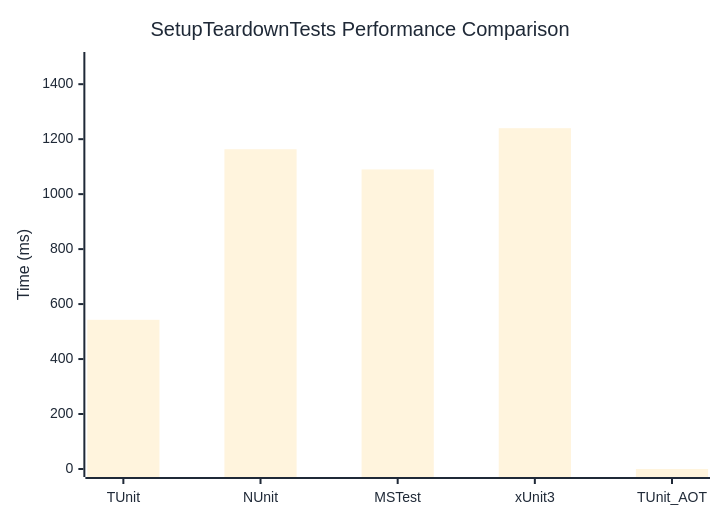
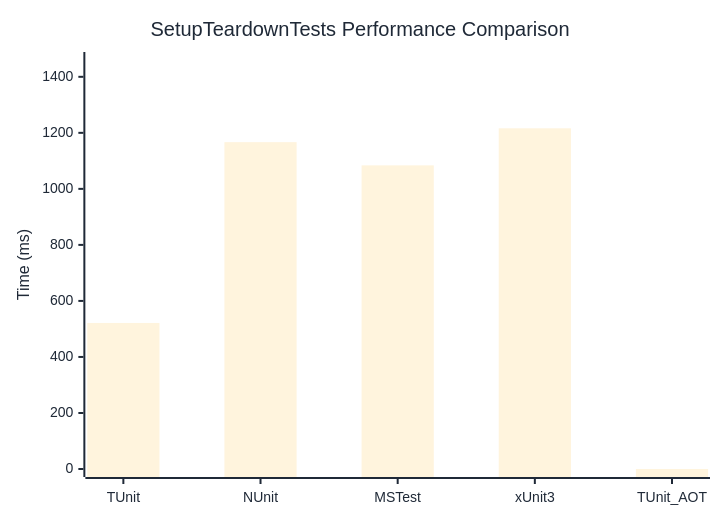
Before and after one commit to thomhurst/TUnit: the diagram in docs/docs/benchmarks/SetupTeardownTests.md, drawn with Mermaid. The commit also changed other lines of this file and 17 other files, not shown here.

````diff
--- a/docs/docs/benchmarks/SetupTeardownTests.md
+++ b/docs/docs/benchmarks/SetupTeardownTests.md
@@ -27,37 +27,37 @@
 ```mermaid
 %%{init: {
   'theme':'base',
   'themeVariables': {
     'primaryColor': '#2563eb',
     'primaryTextColor': '#1f2937',
     'primaryBorderColor': '#1e40af',
     'lineColor': '#6b7280',
     'secondaryColor': '#7c3aed',
     'tertiaryColor': '#dc2626',
     'background': '#ffffff',
     'mainBkg': '#2563eb',
     'secondBkg': '#7c3aed',
     'tertiaryBkg': '#dc2626',
     'clusterBkg': '#f3f4f6',
     'edgeLabelBackground': '#ffffff',
     'tertiaryTextColor': '#1f2937',
     'pie1': '#2563eb',
     'pie2': '#7c3aed',
     'pie3': '#dc2626',
     'pie4': '#f59e0b',
     'pie5': '#10b981',
     'pie6': '#06b6d4',
     'pie7': '#ec4899',
     'pie8': '#6366f1',
     'pie9': '#84cc16',
     'pie10': '#f97316',
     'pie11': '#14b8a6',
     'pie12': '#a855f7'
   }
 }}%%
 xychart-beta
   title "SetupTeardownTests Performance Comparison"
   x-axis ["TUnit", "NUnit", "MSTest", "xUnit3", "TUnit_AOT"]
-  y-axis "Time (ms)" 0 --> 1488
-  bar [542.8, 1163.4, 1089.9, 1239.9, 0]
+  y-axis "Time (ms)" 0 --> 1460
+  bar [521.3, 1166.7, 1083.9, 1216.2, 0]
 ```
````
